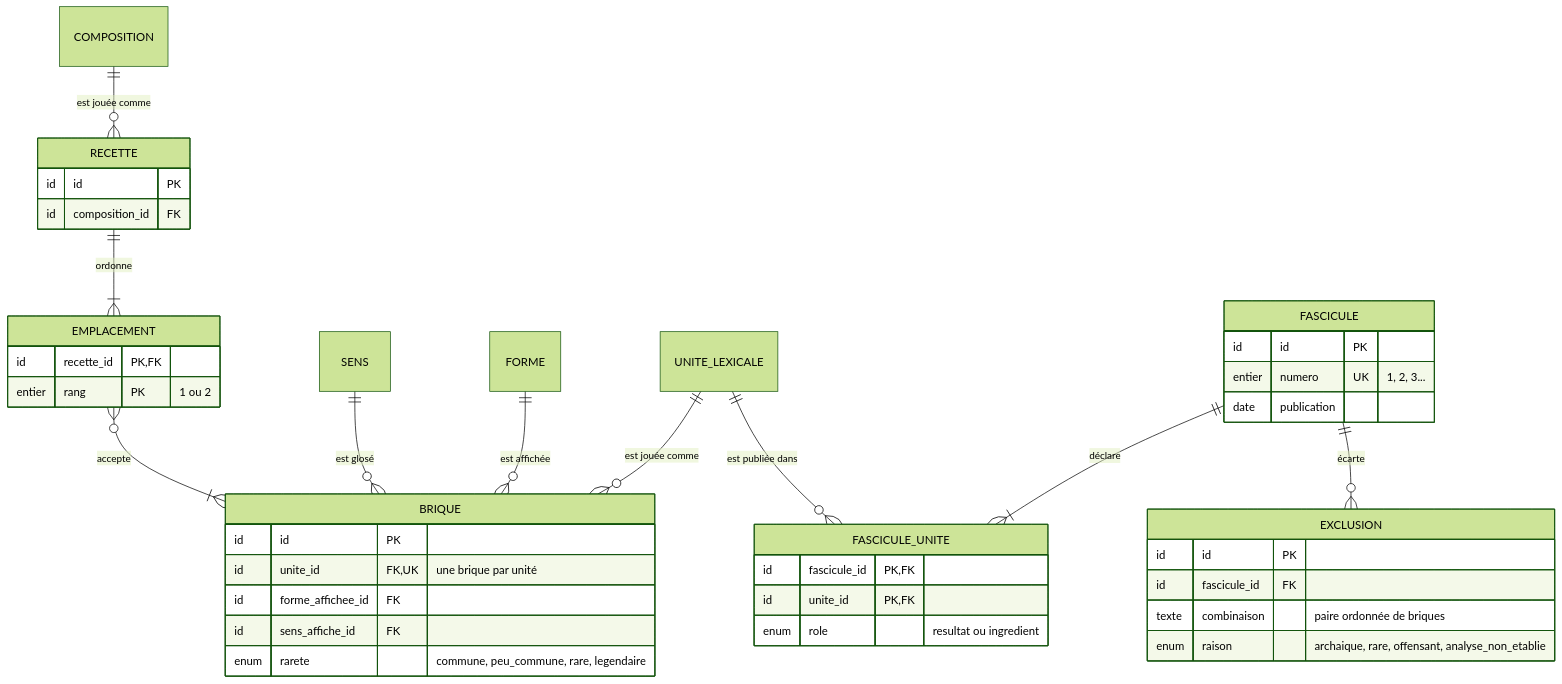
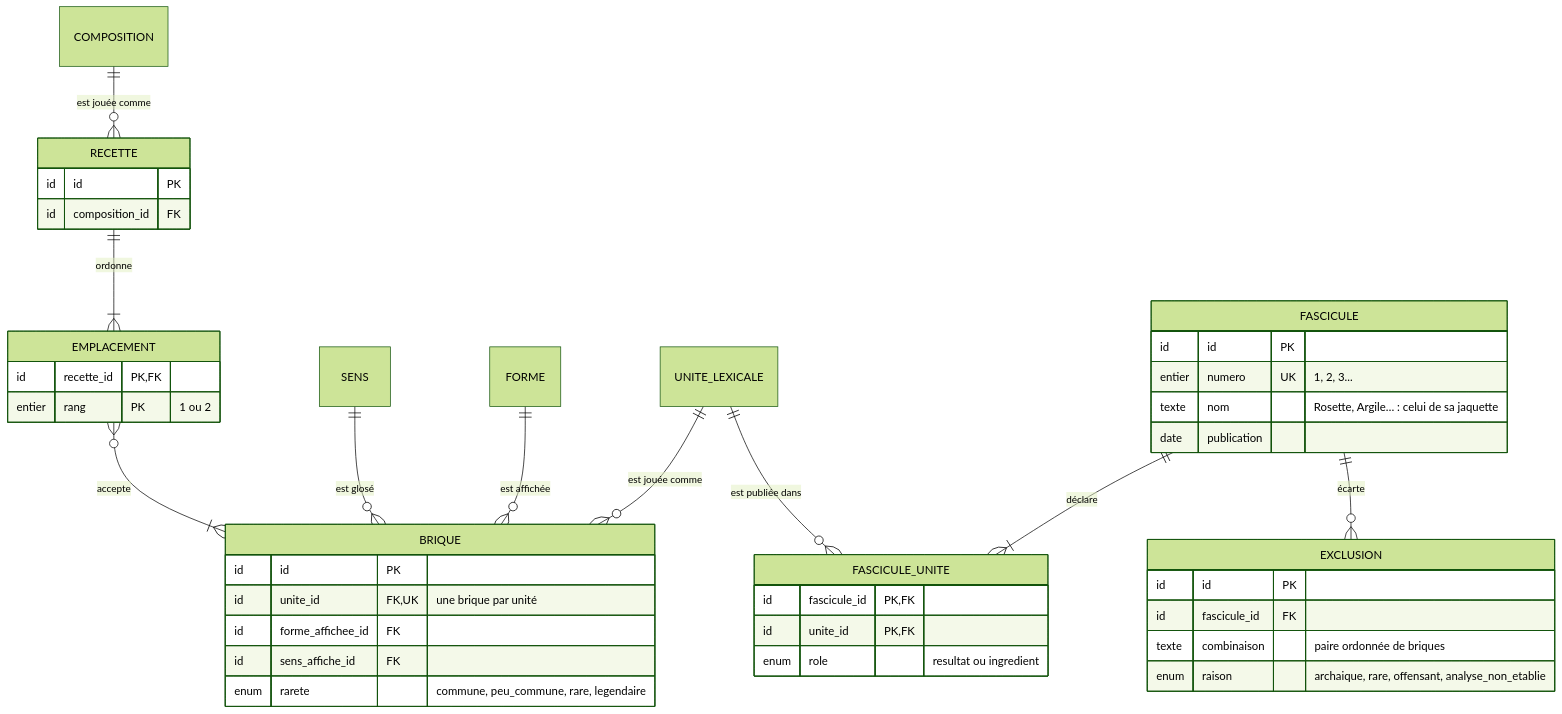
The sixth of 8 diagrams in docs/modele-donnees.md (EtymoLogique/Design), drawn with Mermaid (forest theme) before and after one commit. The commit also changed 5 other files, not shown here.

````diff
--- a/docs/modele-donnees.md
+++ b/docs/modele-donnees.md
@@ -308,44 +308,45 @@
 ```mermaid
 erDiagram
     UNITE_LEXICALE ||--o{ BRIQUE : "est jouée comme"
     FORME ||--o{ BRIQUE : "est affichée"
     SENS ||--o{ BRIQUE : "est glosé"
     COMPOSITION ||--o{ RECETTE : "est jouée comme"
     RECETTE ||--|{ EMPLACEMENT : "ordonne"
     EMPLACEMENT }o--|{ BRIQUE : "accepte"
     FASCICULE ||--|{ FASCICULE_UNITE : "déclare"
     UNITE_LEXICALE ||--o{ FASCICULE_UNITE : "est publiée dans"
     FASCICULE ||--o{ EXCLUSION : "écarte"
 
     BRIQUE {
         id id PK
         id unite_id FK, UK "une brique par unité"
         id forme_affichee_id FK
         id sens_affiche_id FK
         enum rarete "commune, peu_commune, rare, legendaire"
     }
     RECETTE {
         id id PK
         id composition_id FK
     }
     EMPLACEMENT {
         id recette_id PK, FK
         entier rang PK "1 ou 2"
     }
     FASCICULE {
         id id PK
         entier numero UK "1, 2, 3..."
+        texte nom "Rosette, Argile… : celui de sa jaquette"
         date publication
     }
     FASCICULE_UNITE {
         id fascicule_id PK, FK
         id unite_id PK, FK
         enum role "resultat ou ingredient"
     }
     EXCLUSION {
         id id PK
         id fascicule_id FK
         texte combinaison "paire ordonnée de briques"
         enum raison "archaique, rare, offensant, analyse_non_etablie"
     }
 ```
````
